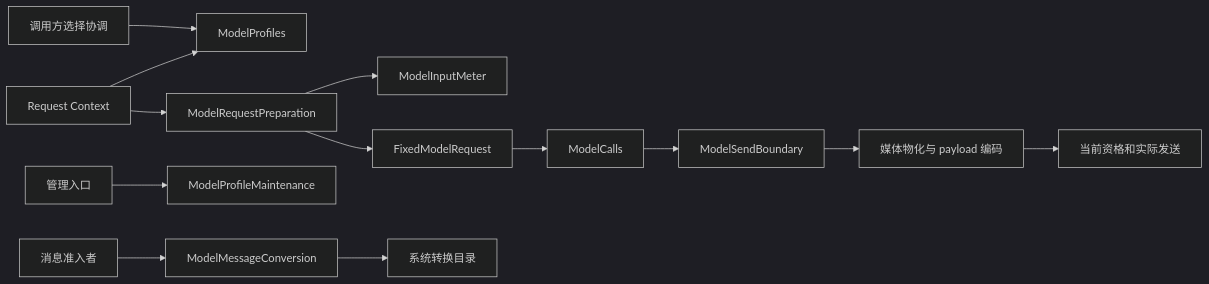
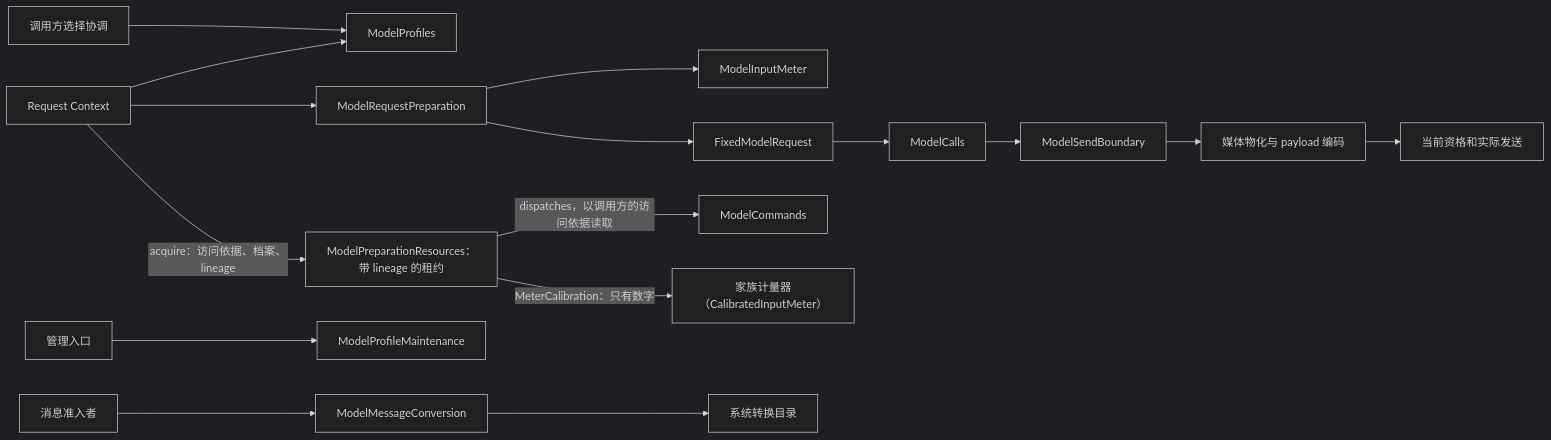
Before and after one commit to nemori-ai/omne-harness-lite: the third of 4 diagrams in packages/model/model/docs/architecture.md, drawn with Mermaid (dark theme). The commit also changed other lines of this file and 5 other files, not shown here.

First line of the commit message:
docs(model): 补校准租约与发送装配的 Mermaid 图

````diff
--- a/packages/model/model/docs/architecture.md
+++ b/packages/model/model/docs/architecture.md
@@ -148,15 +148,18 @@
 ```mermaid
 flowchart LR
   Selection[调用方选择协调] --> Profiles[ModelProfiles]
   Context[Request Context] --> Profiles
   Context --> Preparation[ModelRequestPreparation]
   Preparation --> Meter[ModelInputMeter]
+  Context -->|"acquire：访问依据、档案、lineage"| Lease["ModelPreparationResources：带 lineage 的租约"]
+  Lease -->|"dispatches，以调用方的访问依据读取"| Commands[ModelCommands]
+  Lease -->|"MeterCalibration：只有数字"| FamilyMeter["家族计量器（CalibratedInputMeter）"]
   Preparation --> Fixed[FixedModelRequest]
   Fixed --> Calls[ModelCalls]
   Calls --> Send[ModelSendBoundary]
   Send --> Materialize[媒体物化与 payload 编码]
   Materialize --> Fence[当前资格和实际发送]
   Admin[管理入口] --> Maintenance[ModelProfileMaintenance]
   Admission[消息准入者] --> Conversion[ModelMessageConversion]
   Conversion --> Catalog[系统转换目录]
 ```
````
